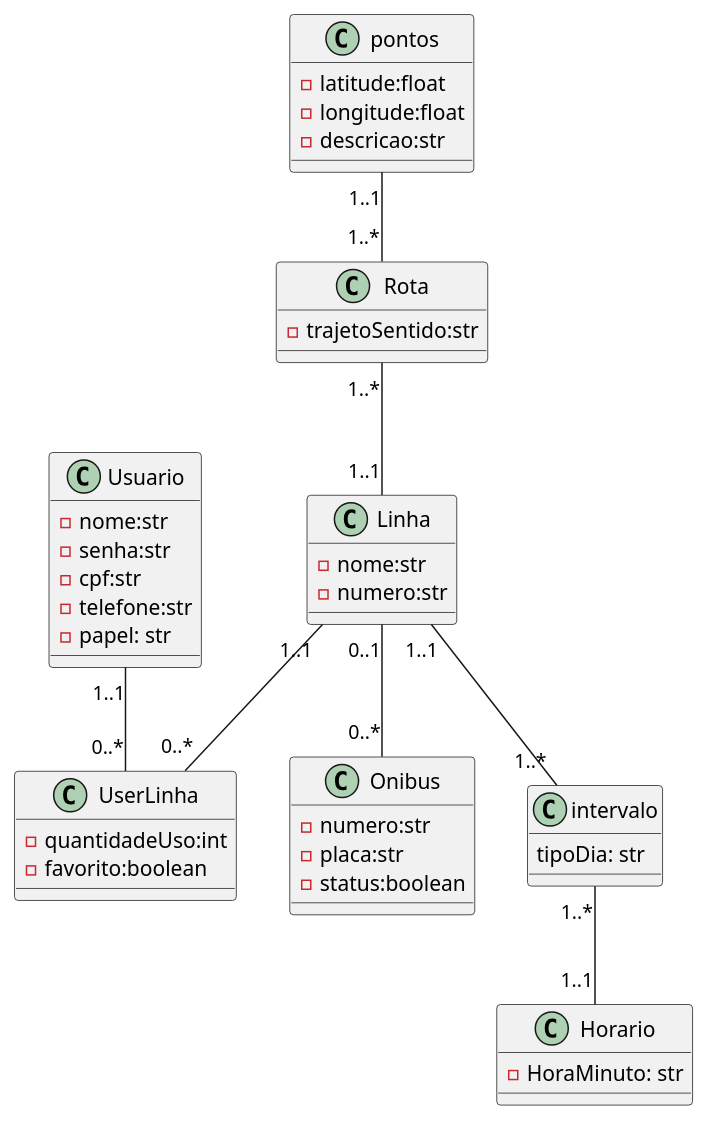
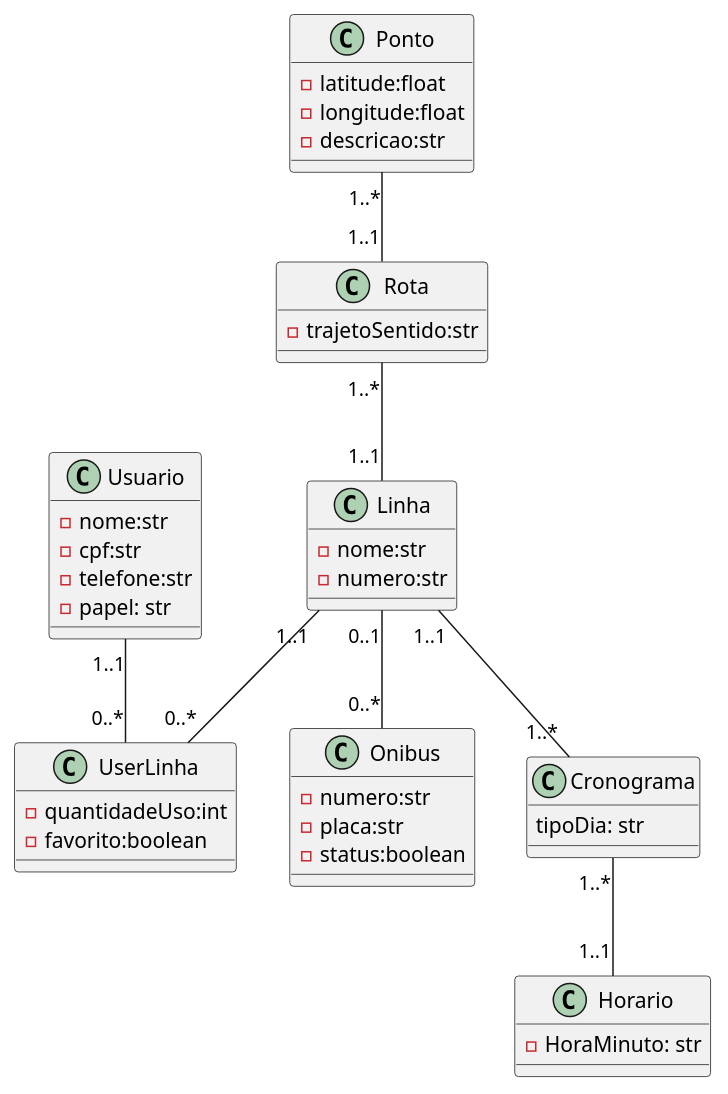
Before and after one commit to saames/mybus: the diagram in docs/mybus_uml.puml, drawn with PlantUML.

Commit message:
Feat: trocando de intervalo para cronograma

```diff
--- a/docs/mybus_uml.puml
+++ b/docs/mybus_uml.puml
@@ -1,56 +1,56 @@
 @startuml mybus
 class Onibus{
     -numero:str
     -placa:str
     -status:boolean
 }
 class Usuario{
     -nome:str
-    -senha:str
     -cpf:str
     -telefone:str
     -papel: str
 
 }
 class Linha{
     -nome:str
     -numero:str
 }
 class Rota{
     -trajetoSentido:str
 }
 
 
-class pontos{
+class Ponto{
     -latitude:float
     -longitude:float
     -descricao:str
 
 }
-class intervalo{
+
+class Cronograma{
     tipoDia: str
 }
 
 class UserLinha{
     -quantidadeUso:int
     -favorito:boolean
 }
 
 class Horario {
     -HoraMinuto: str
 
 }
 
 Linha "0..1" -- "0..*" Onibus
 Rota "1..*" -- "1..1"Linha
-pontos "1..1" -- "1..*" Rota
-Linha "1..1" -- "1..*" intervalo
-intervalo "1..*" -- "1..1"Horario
+Ponto "1..*" -- "1..1" Rota
+Linha "1..1" -- "1..*" Cronograma
+Cronograma "1..*" -- "1..1"Horario
 Usuario "1..1" -- "0..*"UserLinha
 Linha "1..1" -- "0..*" UserLinha
 
 
 
 
 
 @enduml
```
